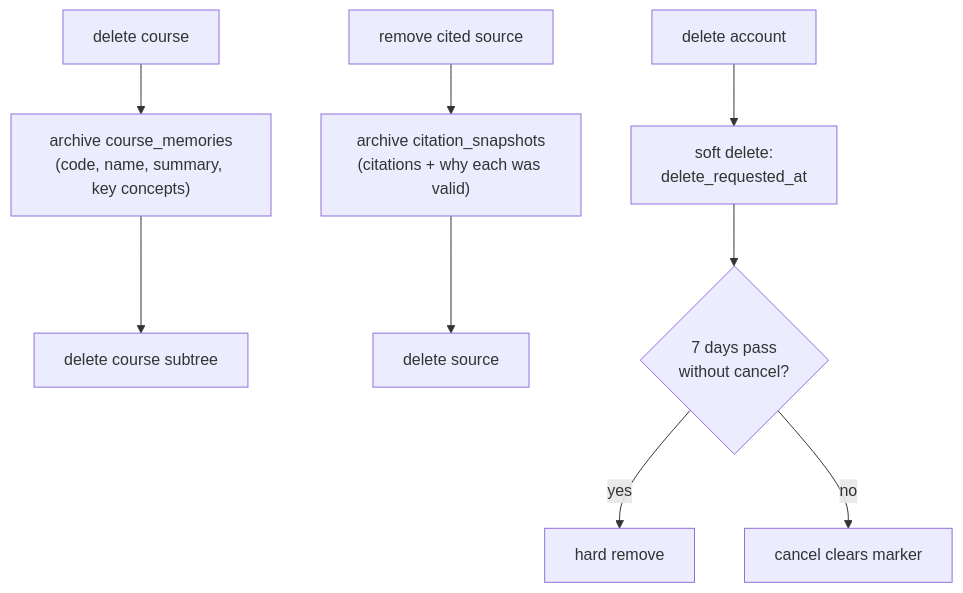
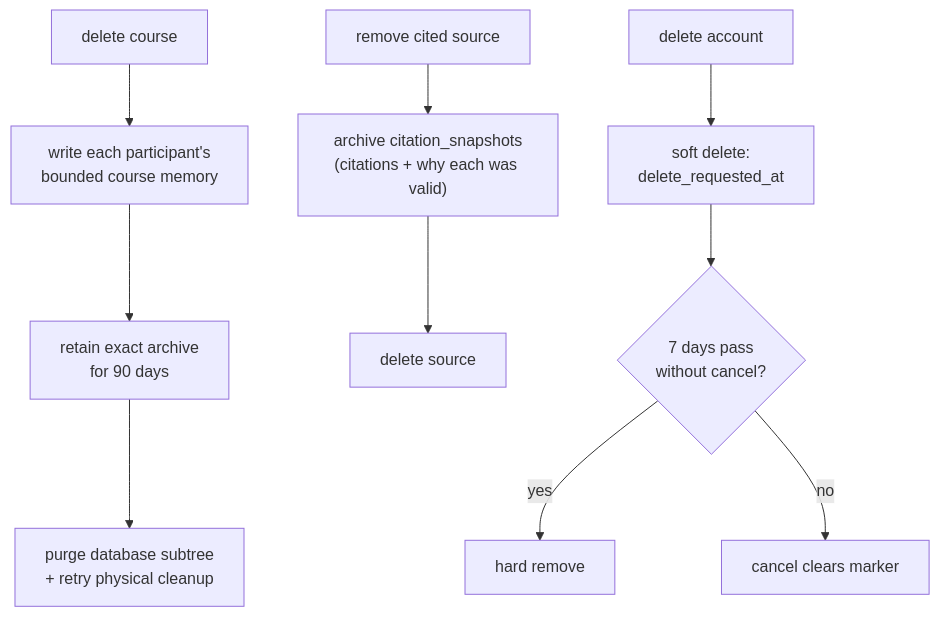
One commit to RileyK05/Stacks changed diagram 14 of 19 in system.md. Above: the diagram before and after it, drawn with Mermaid. The commit also changed other lines of this file and 62 other files, not shown here.

````diff
--- a/system.md
+++ b/system.md
@@ -611,11 +637,12 @@
 ```mermaid
 flowchart TB
-    DC["delete course"] --> CM["archive course_memories<br/>(code, name, summary, key concepts)"]
-    CM --> DEL["delete course subtree"]
+    DC["delete course"] --> CM["write each participant's<br/>bounded course memory"]
+    CM --> A90["retain exact archive<br/>for 90 days"]
+    A90 --> DEL["purge database subtree<br/>+ retry physical cleanup"]
     DS["remove cited source"] --> CS["archive citation_snapshots<br/>(citations + why each was valid)"]
     CS --> DEL2["delete source"]
     DU["delete account"] --> GR["soft delete:<br/>delete_requested_at"]
     GR --> D7{"7 days pass<br/>without cancel?"}
     D7 -->|yes| HARD["hard remove"]
     D7 -->|no| CANCEL["cancel clears marker"]
 ```
````
